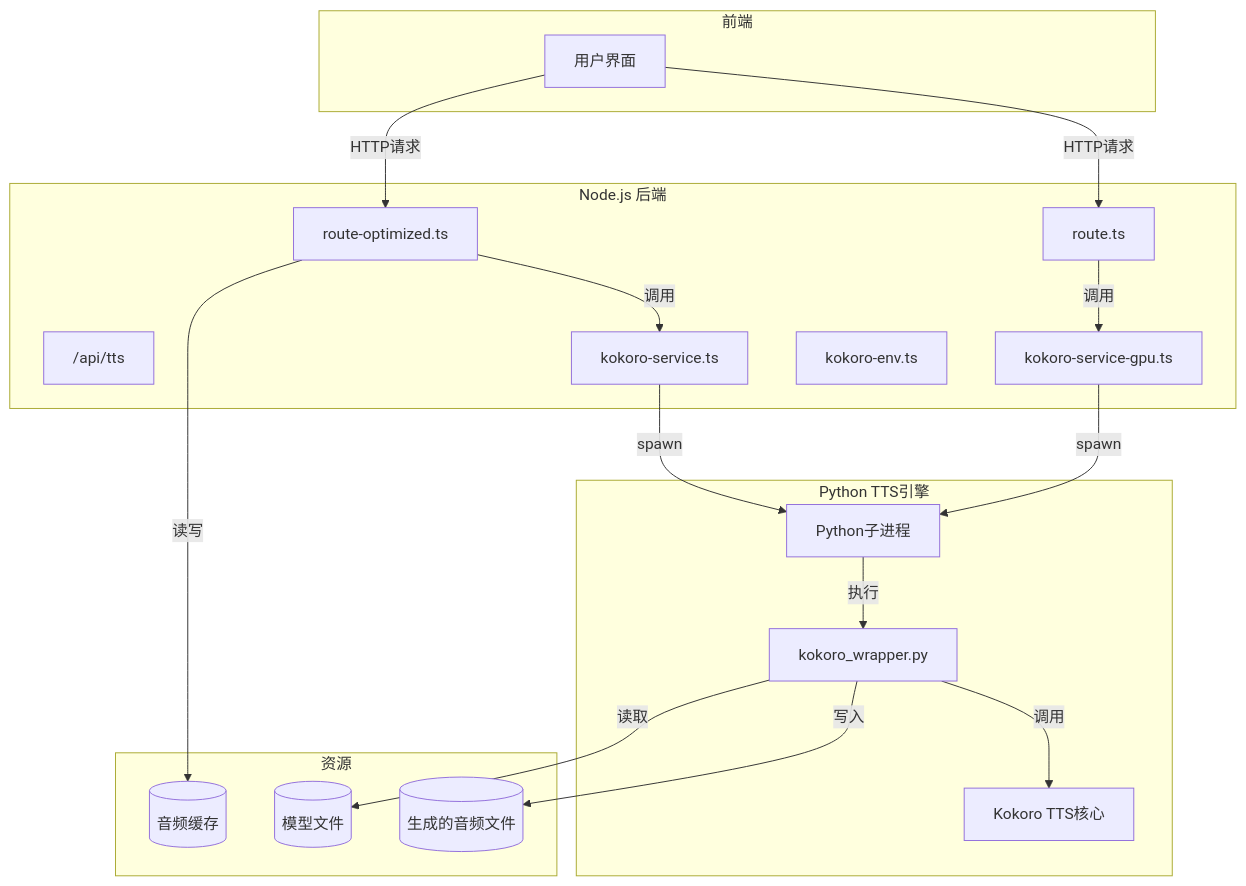
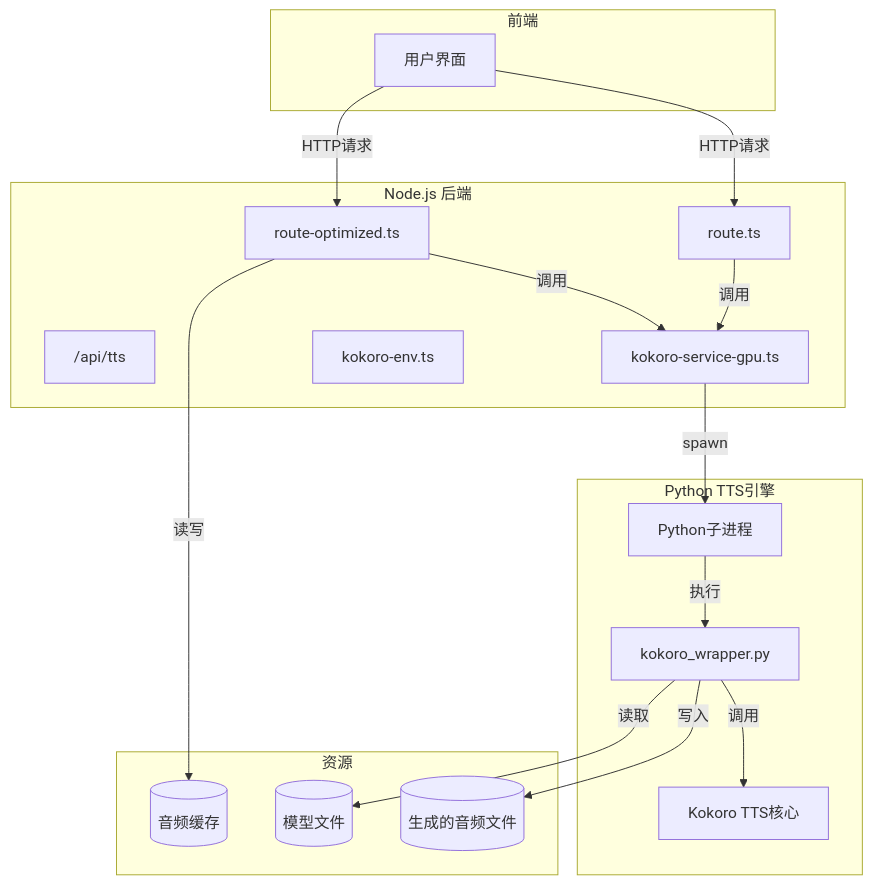
One commit to arthurlee116/english-listening-trainer changed the first of 2 diagrams in .qoder/repowiki/zh/content/核心功能模块/TTS语音合成.md. Above: the diagram before and after it, drawn with Mermaid. The commit also changed other lines of this file and 58 other files, not shown here.

````diff
--- a/.qoder/repowiki/zh/content/核心功能模块/TTS语音合成.md
+++ b/.qoder/repowiki/zh/content/核心功能模块/TTS语音合成.md
@@ -34,35 +39,33 @@
 ```mermaid
 graph TB
 subgraph "前端"
 UI[用户界面]
 end
 subgraph "Node.js 后端"
 API["/api/tts"]
 OptimizedRoute["route-optimized.ts"]
 StandardRoute["route.ts"]
-KokoroService["kokoro-service.ts"]
 GPUService["kokoro-service-gpu.ts"]
 EnvConfig["kokoro-env.ts"]
 end
 subgraph "Python TTS引擎"
 PythonProcess["Python子进程"]
 WrapperScript["kokoro_wrapper.py"]
 KokoroEngine["Kokoro TTS核心"]
 end
 subgraph "资源"
 AudioCache[(音频缓存)]
 ModelFiles[(模型文件)]
 GeneratedAudio[(生成的音频文件)]
 end
 UI --> |HTTP请求| OptimizedRoute
 UI --> |HTTP请求| StandardRoute
-OptimizedRoute --> |调用| KokoroService
+OptimizedRoute --> |调用| GPUService
 StandardRoute --> |调用| GPUService
-KokoroService --> |spawn| PythonProcess
 GPUService --> |spawn| PythonProcess
 PythonProcess --> |执行| WrapperScript
 WrapperScript --> |调用| KokoroEngine
 WrapperScript --> |读取| ModelFiles
 WrapperScript --> |写入| GeneratedAudio
 OptimizedRoute --> |读写| AudioCache
 ```
````
